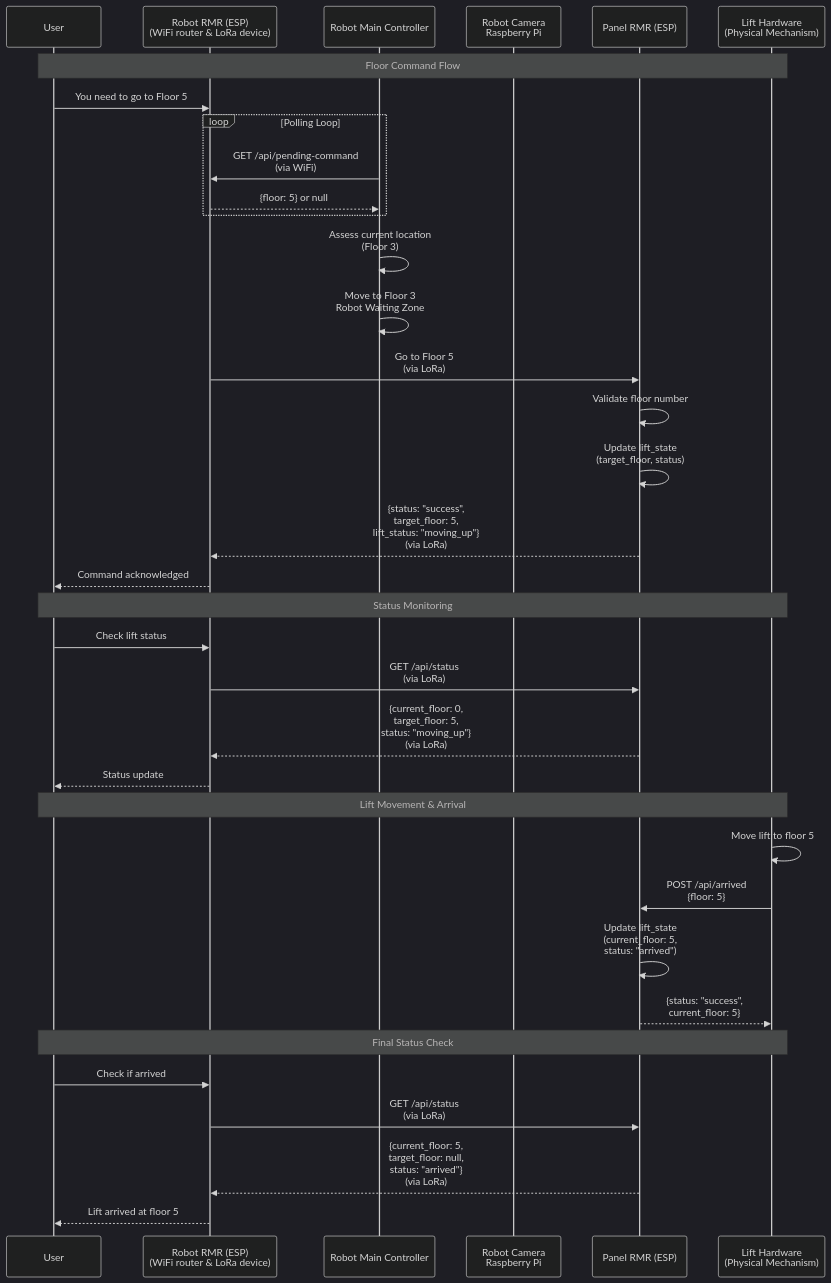
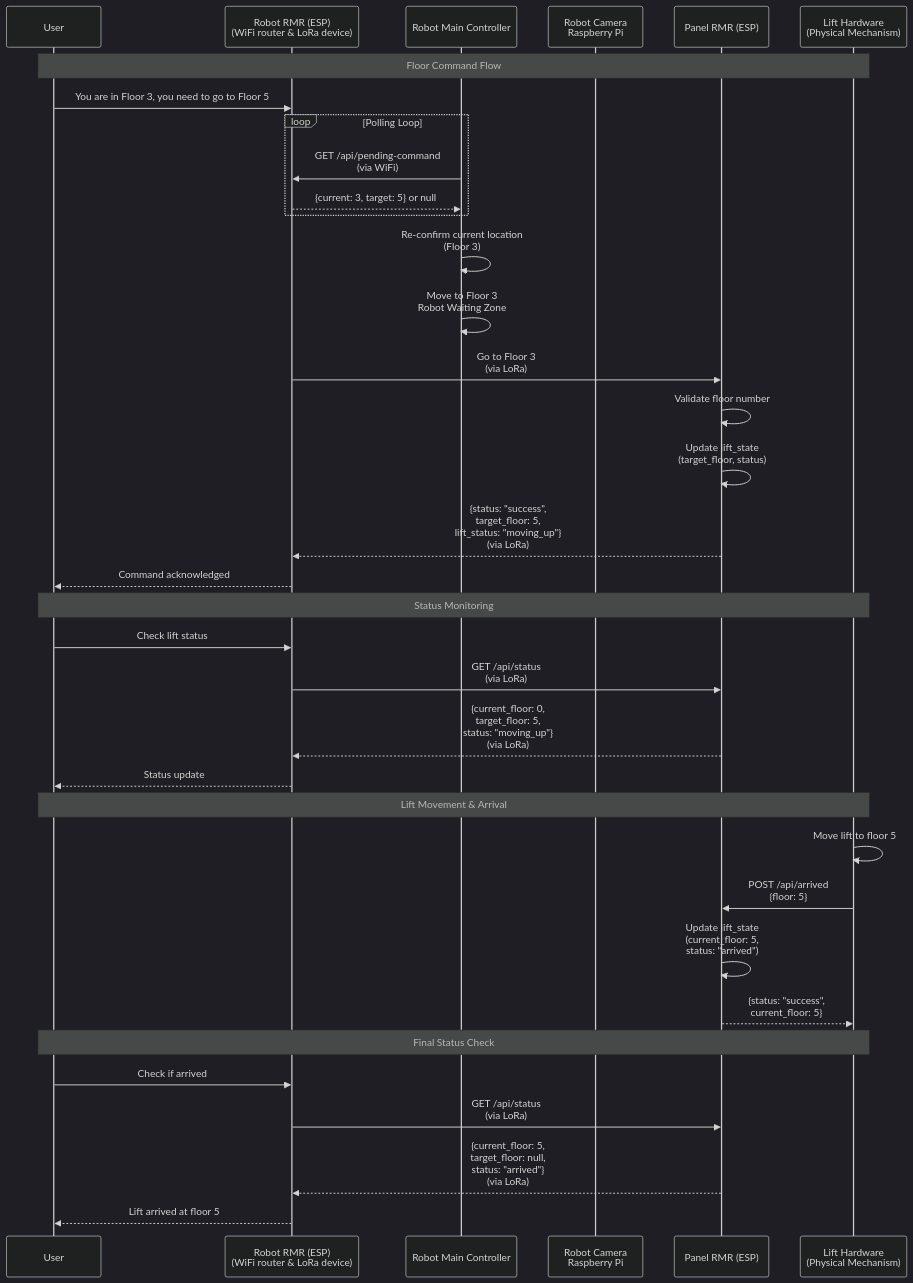
One commit to in-is-ah/rmr changed the first of 2 diagrams in sequence_diagram.md. Above: the diagram before and after it, drawn with Mermaid (dark theme).

Commit message:
Update sequence diagram for floor command flow

````diff
--- a/sequence_diagram.md
+++ b/sequence_diagram.md
@@ -5,41 +5,41 @@
 ```mermaid
 sequenceDiagram
     participant User
     participant ClientPi as Robot RMR (ESP)<br/>(WiFi router & LoRa device)
     participant RobotMainController as Robot Main Controller
     participant CameraModule as Robot Camera<br/>Raspberry Pi
     participant LiftService as Panel RMR (ESP)
     participant LiftHardware as Lift Hardware<br/>(Physical Mechanism)
 
     Note over User,LiftHardware: Floor Command Flow
-    User->>ClientPi: You need to go to Floor 5
+    User->>ClientPi: You are in Floor 3, you need to go to Floor 5
     loop Polling Loop
         RobotMainController->>ClientPi: GET /api/pending-command<br/>(via WiFi)
-        ClientPi-->>RobotMainController: {floor: 5} or null
+        ClientPi-->>RobotMainController: {current: 3, target: 5} or null
     end
-    RobotMainController->>RobotMainController: Assess current location<br/>(Floor 3)
+    RobotMainController->>RobotMainController: Re-confirm current location<br/>(Floor 3)
     RobotMainController->>RobotMainController: Move to Floor 3<br/>Robot Waiting Zone
-    ClientPi->>LiftService: Go to Floor 5<br/>(via LoRa)
+    ClientPi->>LiftService: Go to Floor 3<br/>(via LoRa)
     LiftService->>LiftService: Validate floor number
     LiftService->>LiftService: Update lift_state<br/>(target_floor, status)
     LiftService-->>ClientPi: {status: "success",<br/>target_floor: 5,<br/>lift_status: "moving_up"}<br/>(via LoRa)
     ClientPi-->>User: Command acknowledged
     
     Note over User,LiftHardware: Status Monitoring
     User->>ClientPi: Check lift status
     ClientPi->>LiftService: GET /api/status<br/>(via LoRa)
     LiftService-->>ClientPi: {current_floor: 0,<br/>target_floor: 5,<br/>status: "moving_up"}<br/>(via LoRa)
     ClientPi-->>User: Status update
     
     Note over User,LiftHardware: Lift Movement & Arrival
     LiftHardware->>LiftHardware: Move lift to floor 5
     LiftHardware->>LiftService: POST /api/arrived<br/>{floor: 5}
     LiftService->>LiftService: Update lift_state<br/>(current_floor: 5,<br/>status: "arrived")
     LiftService-->>LiftHardware: {status: "success",<br/>current_floor: 5}
     
     Note over User,LiftHardware: Final Status Check
     User->>ClientPi: Check if arrived
     ClientPi->>LiftService: GET /api/status<br/>(via LoRa)
     LiftService-->>ClientPi: {current_floor: 5,<br/>target_floor: null,<br/>status: "arrived"}<br/>(via LoRa)
     ClientPi-->>User: Lift arrived at floor 5
 ```
````
